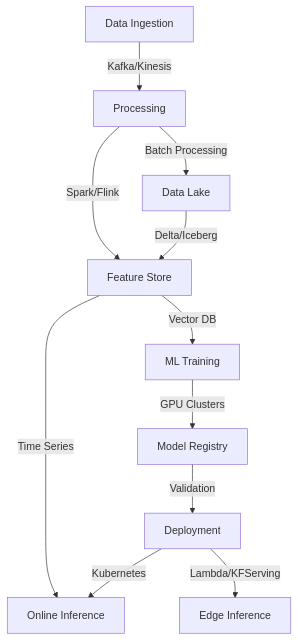
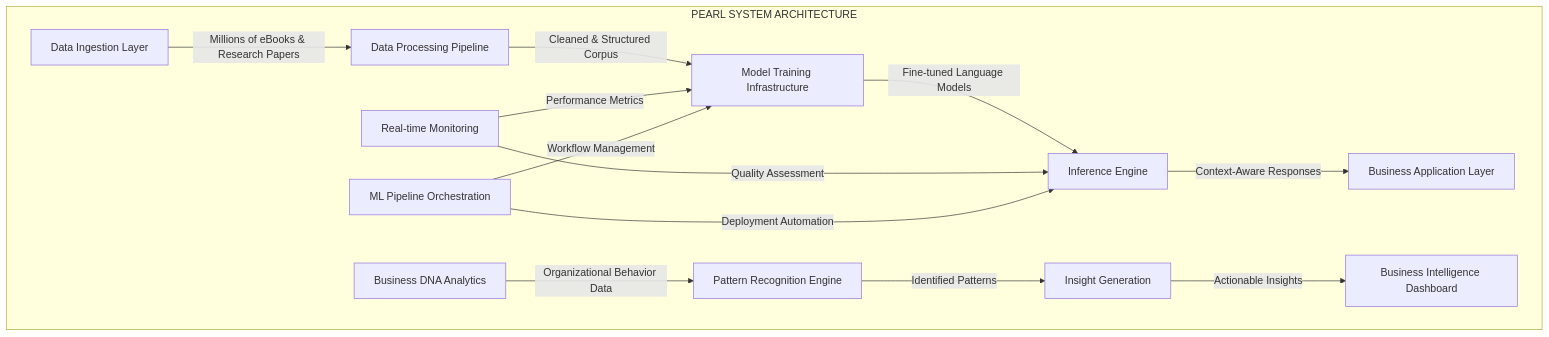
One commit to akashkathole7/akashkathole7 changed the diagram in README.md. Above: the diagram before and after it, drawn with Mermaid. The commit also changed other lines of this file, not shown here.

````diff
--- a/README.md
+++ b/README.md
@@ -33,13 +31,19 @@
 ```mermaid
 graph TD
-    A[Data Ingestion] -->|Kafka/Kinesis| B[Processing]
-    B -->|Spark/Flink| C[Feature Store]
-    B -->|Batch Processing| D[Data Lake]
-    D -->|Delta/Iceberg| C
-    C -->|Vector DB| E[ML Training]
-    C -->|Time Series| F[Online Inference]
-    E -->|GPU Clusters| G[Model Registry]
-    G -->|Validation| H[Deployment]
-    H -->|Kubernetes| F
-    H -->|Lambda/KFServing| I[Edge Inference]
+    subgraph "PEARL SYSTEM ARCHITECTURE"
+        A[Data Ingestion Layer] -->|Millions of eBooks & Research Papers| B[Data Processing Pipeline]
+        B -->|Cleaned & Structured Corpus| C[Model Training Infrastructure]
+        C -->|Fine-tuned Language Models| D[Inference Engine]
+        D -->|Context-Aware Responses| E[Business Application Layer]
+        
+        F[Real-time Monitoring] -->|Performance Metrics| C
+        F -->|Quality Assessment| D
+        
+        G[Business DNA Analytics] -->|Organizational Behavior Data| H[Pattern Recognition Engine]
+        H -->|Identified Patterns| I[Insight Generation]
+        I -->|Actionable Insights| J[Business Intelligence Dashboard]
+        
+        K[ML Pipeline Orchestration] -->|Workflow Management| C
+        K -->|Deployment Automation| D
+    end
 ```
````
